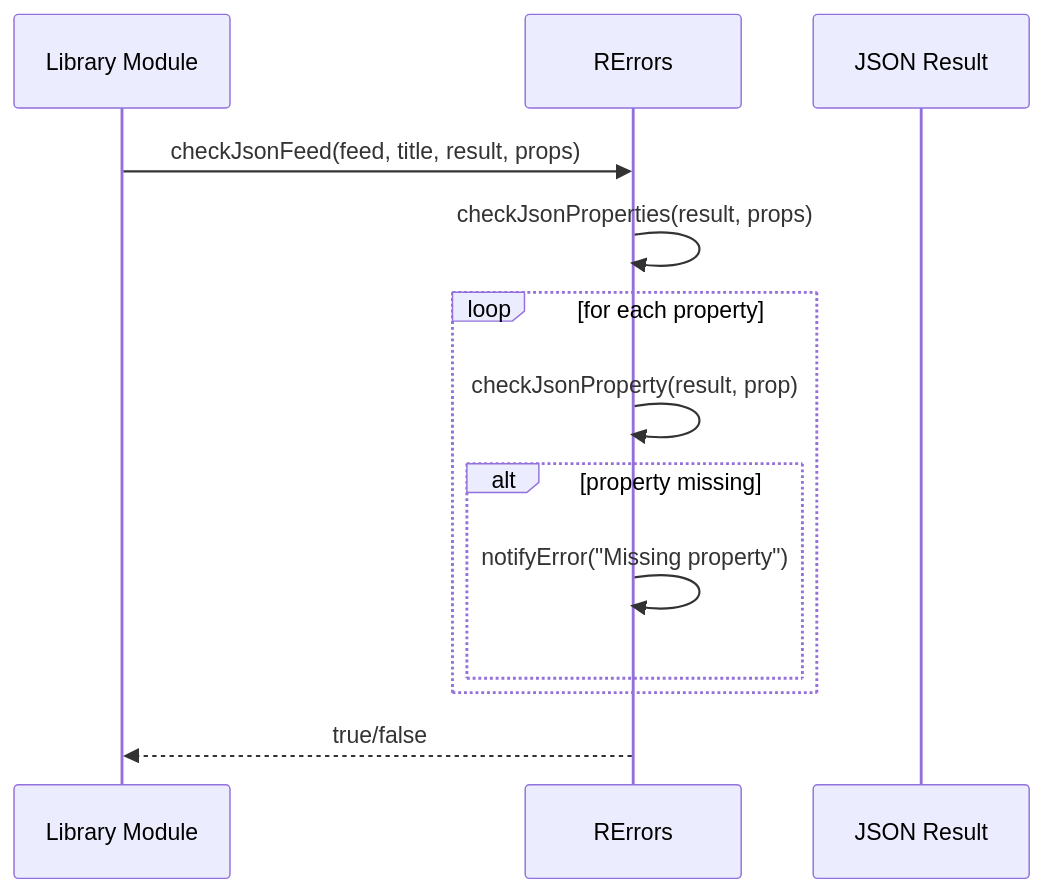
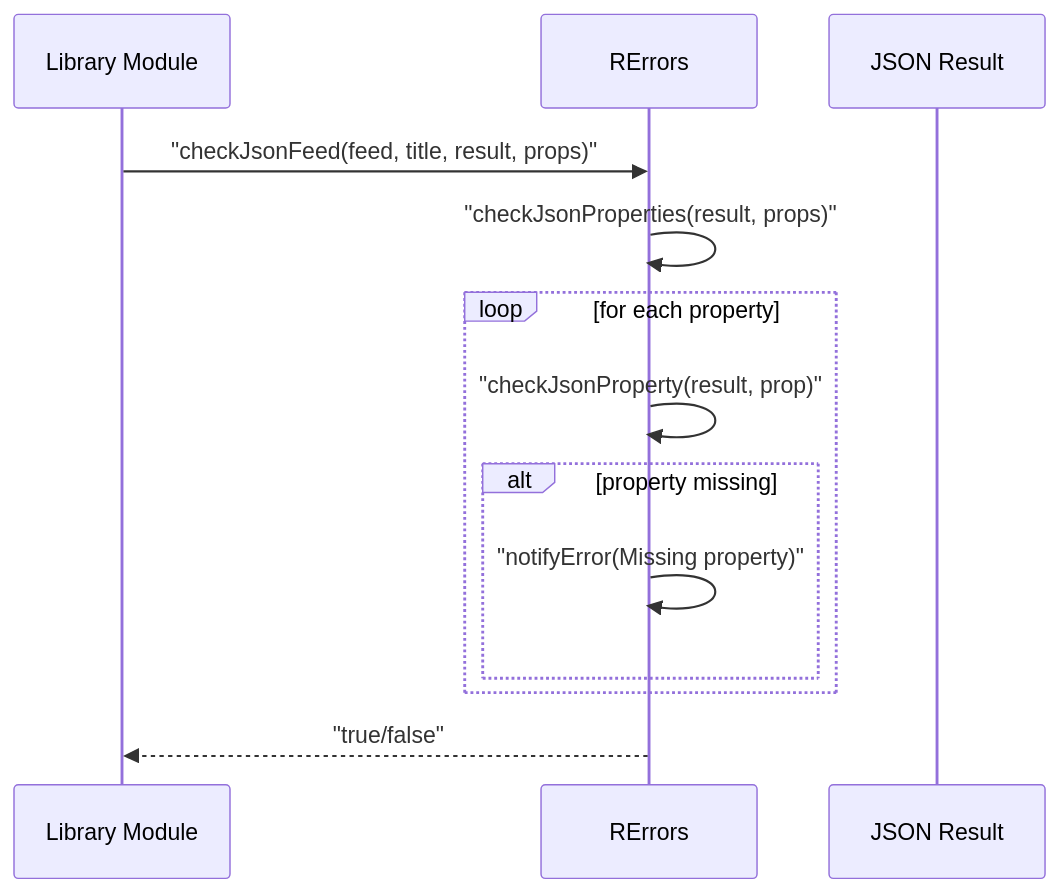
Before and after one commit to pauljrhodes/ramblers-library: the third of 3 diagrams in errors/HLD.md, drawn with Mermaid. The commit also changed other lines of this file and 33 other files, not shown here.

First line of the commit message:
Normalize Mermaid diagrams for GitHub rendering (#13)

````diff
--- a/errors/HLD.md
+++ b/errors/HLD.md
@@ -123,16 +123,16 @@
 ```mermaid
 sequenceDiagram
     participant Module as Library Module
     participant RErrors as RErrors
     participant Result as JSON Result
 
-    Module->>RErrors: checkJsonFeed(feed, title, result, props)
-    RErrors->>RErrors: checkJsonProperties(result, props)
+    Module->>RErrors: "checkJsonFeed(feed, title, result, props)"
+    RErrors->>RErrors: "checkJsonProperties(result, props)"
     loop for each property
-        RErrors->>RErrors: checkJsonProperty(result, prop)
+        RErrors->>RErrors: "checkJsonProperty(result, prop)"
         alt property missing
-            RErrors->>RErrors: notifyError("Missing property")
+            RErrors->>RErrors: "notifyError(Missing property)"
         end
     end
-    RErrors-->>Module: true/false
+    RErrors-->>Module: "true/false"
 ```
````
